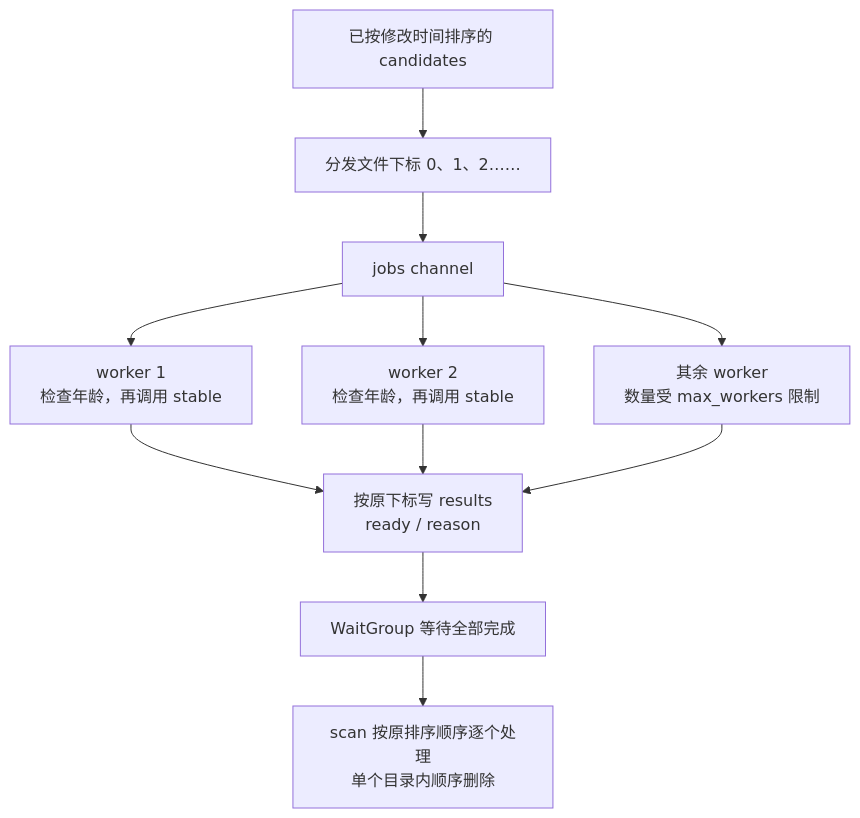
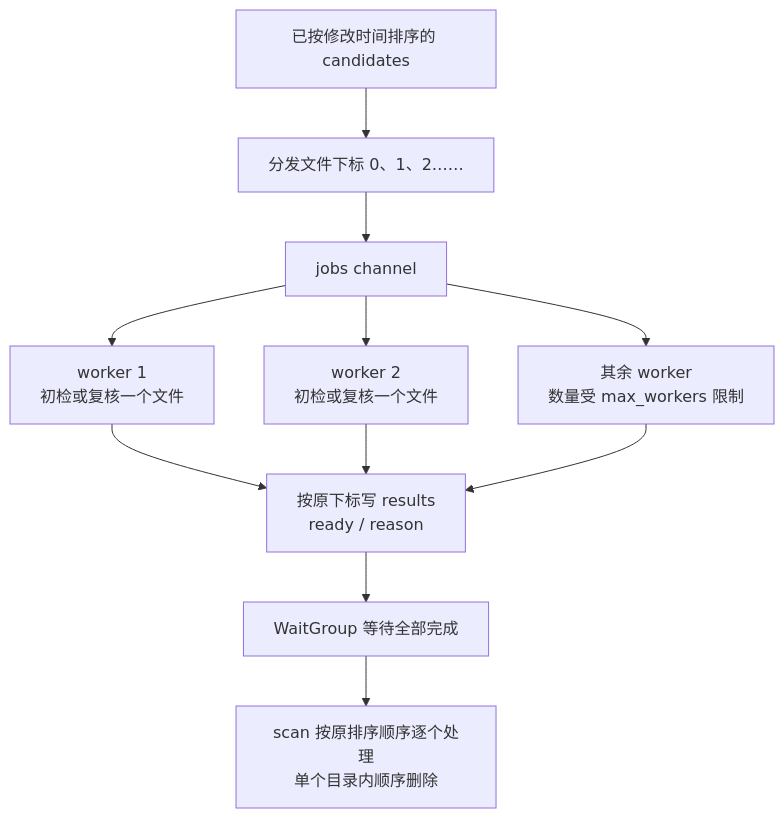
Before and after one commit to ISkywalkerI/directory-cleaner: the fifth of 8 diagrams in docs/program-explained.zh-CN.md, drawn with Mermaid. The commit also changed other lines of this file and 14 other files, not shown here.

````diff
--- a/docs/program-explained.zh-CN.md
+++ b/docs/program-explained.zh-CN.md
@@ -353,13 +356,13 @@
 ```mermaid
 flowchart TD
     Sorted["已按修改时间排序的 candidates"] --> Dispatcher["分发文件下标 0、1、2……"]
     Dispatcher --> Channel["jobs channel"]
-    Channel --> W1["worker 1<br/>检查年龄，再调用 stable"]
-    Channel --> W2["worker 2<br/>检查年龄，再调用 stable"]
+    Channel --> W1["worker 1<br/>初检或复核一个文件"]
+    Channel --> W2["worker 2<br/>初检或复核一个文件"]
     Channel --> WN["其余 worker<br/>数量受 max_workers 限制"]
     W1 --> Results["按原下标写 results<br/>ready / reason"]
     W2 --> Results
     WN --> Results
     Results --> Wait["WaitGroup 等待全部完成"]
     Wait --> DeleteLoop["scan 按原排序顺序逐个处理<br/>单个目录内顺序删除"]
 ```
````
